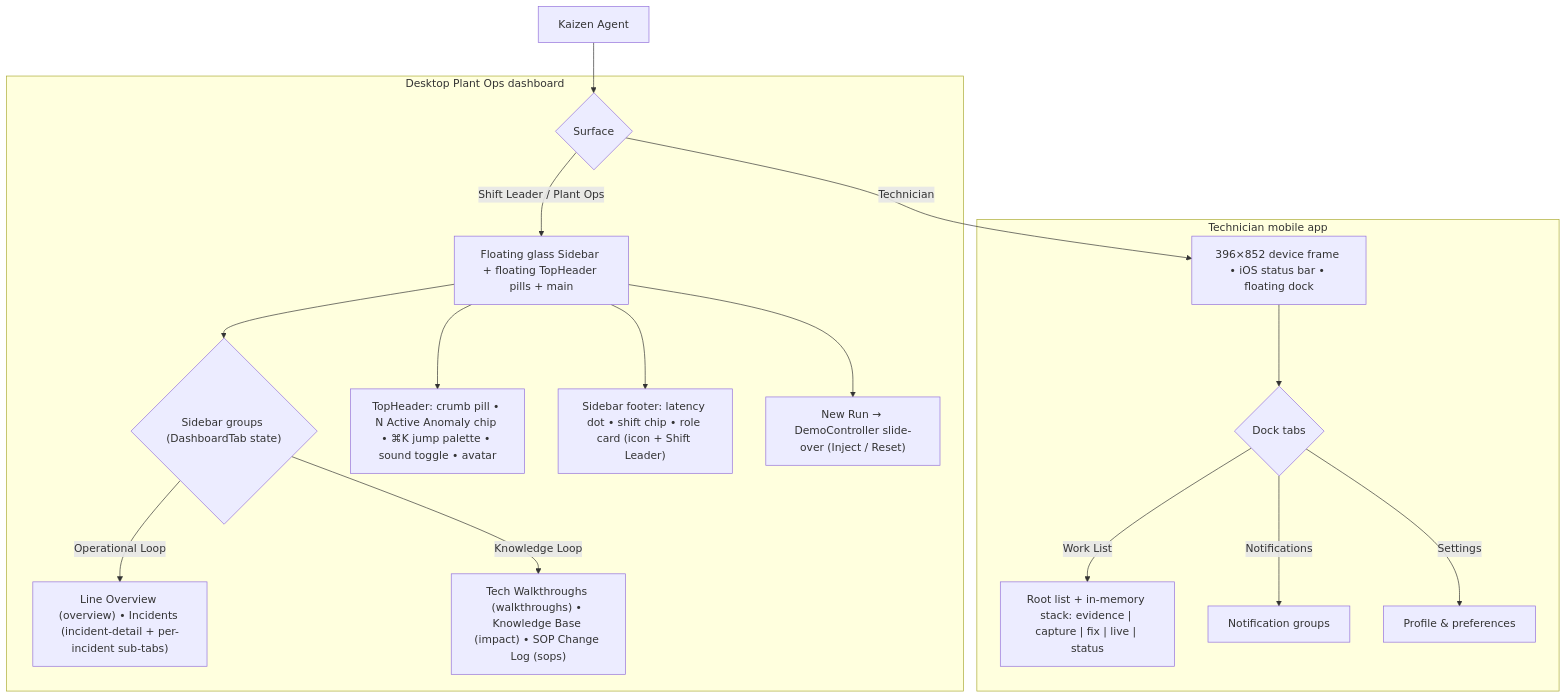
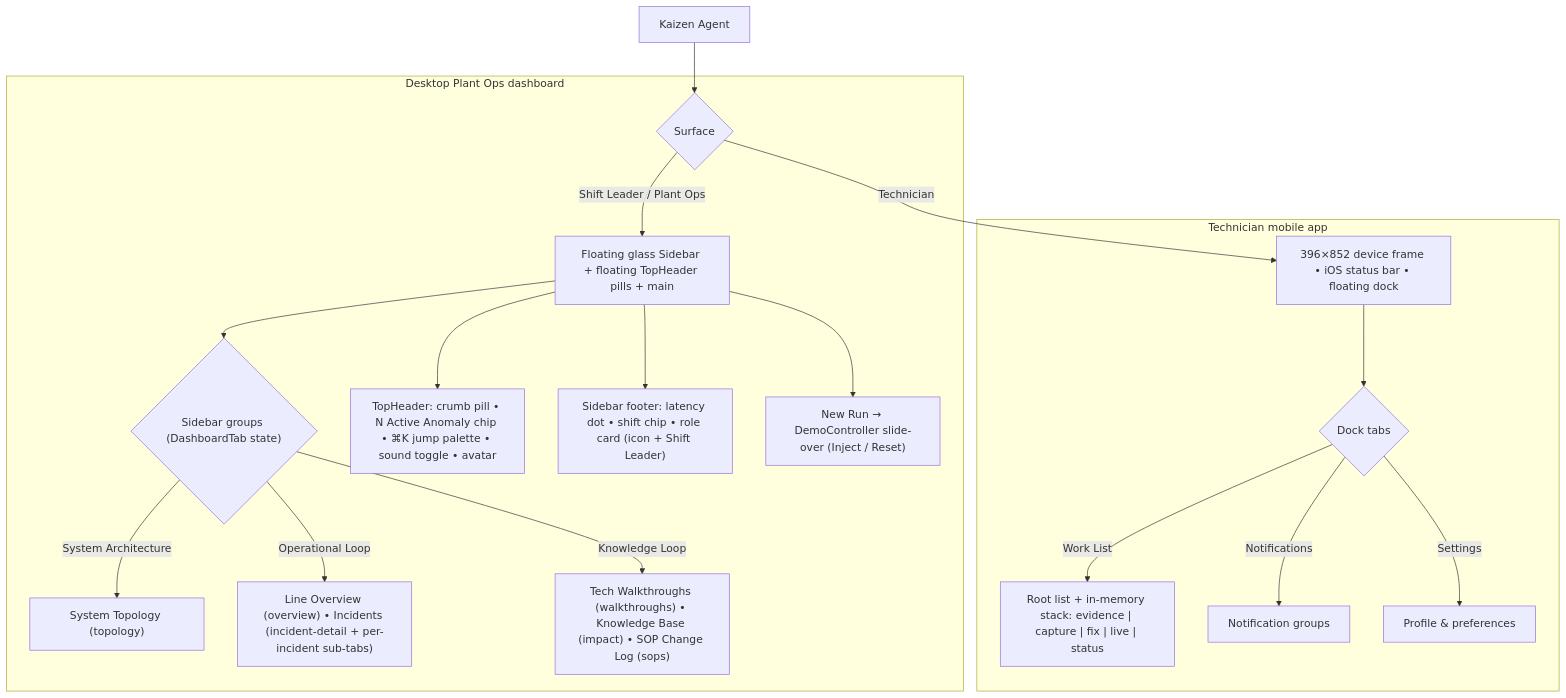
One commit to vanduc2514/hackathon-builder-cup-manufacturing-anomaly changed the diagram in docs/wireframes/00_base_layout.md. Above: the diagram before and after it, drawn with Mermaid. The commit also changed other lines of this file and 5 other files, not shown here.

First line of the commit message:
feat(design): implement complete 5-layer industrial architecture in system topology (#211) (#212)

````diff
--- a/docs/wireframes/00_base_layout.md
+++ b/docs/wireframes/00_base_layout.md
@@ -20,22 +20,23 @@
 ```mermaid
 flowchart TD
     A["Kaizen Agent"] --> B{"Surface"}
 
     subgraph Desktop ["Desktop Plant Ops dashboard"]
         B -->|"Shift Leader / Plant Ops"| C["Floating glass Sidebar + floating TopHeader pills + main"]
         C --> D{"Sidebar groups (DashboardTab state)"}
-        D -->|"Operational Loop"| D1["Line Overview (overview) • Incidents (incident-detail + per-incident sub-tabs)"]
-        D -->|"Knowledge Loop"| D2["Tech Walkthroughs (walkthroughs) • Knowledge Base (impact) • SOP Change Log (sops)"]
+        D -->|"System Architecture"| D1["System Topology (topology)"]
+        D -->|"Operational Loop"| D2["Line Overview (overview) • Incidents (incident-detail + per-incident sub-tabs)"]
+        D -->|"Knowledge Loop"| D3["Tech Walkthroughs (walkthroughs) • Knowledge Base (impact) • SOP Change Log (sops)"]
         C --> E["TopHeader: crumb pill • N Active Anomaly chip • ⌘K jump palette • sound toggle • avatar"]
         C --> F["Sidebar footer: latency dot • shift chip • role card (icon + Shift Leader)"]
         C --> G["New Run → DemoController slide-over (Inject / Reset)"]
     end
 
     subgraph Mobile ["Technician mobile app"]
         B -->|"Technician"| H["396×852 device frame • iOS status bar • floating dock"]
         H --> I{"Dock tabs"}
         I -->|"Work List"| I1["Root list + in-memory stack: evidence | capture | fix | live | status"]
         I -->|"Notifications"| I2["Notification groups"]
         I -->|"Settings"| I3["Profile & preferences"]
     end
 ```
````
